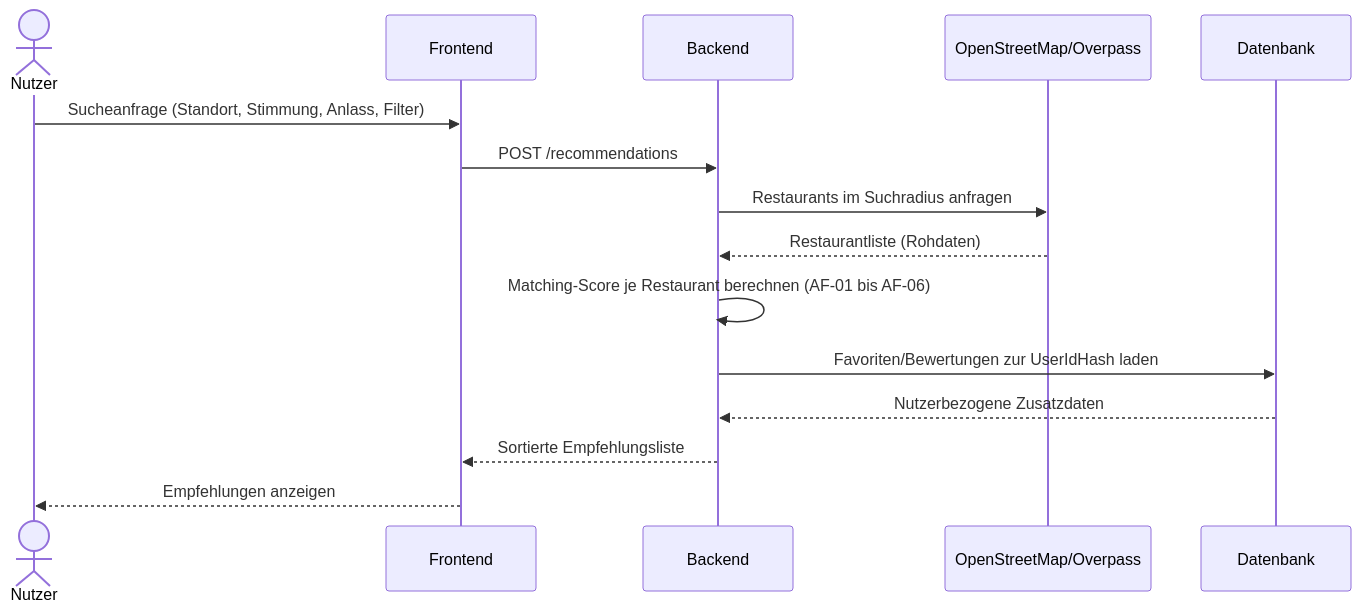
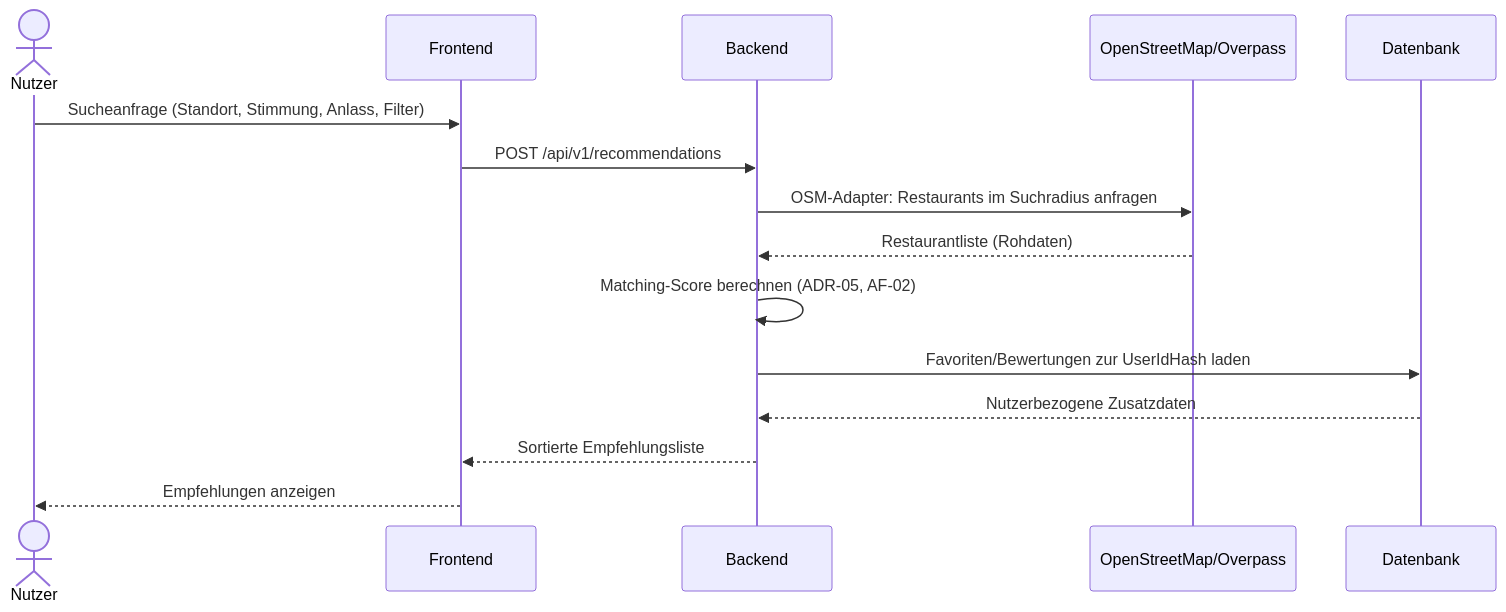
Before and after one commit to ahil-trq/thm_wk-1106_food-mood: the diagram in docs/arch/diagrams/runtime-recommendation.mmd, drawn with Mermaid. The commit also changed 18 other files, not shown here.

```diff
--- a/docs/arch/diagrams/runtime-recommendation.mmd
+++ b/docs/arch/diagrams/runtime-recommendation.mmd
@@ -1,16 +1,16 @@
 sequenceDiagram
     actor Nutzer
     participant Frontend
     participant Backend
     participant OSM as OpenStreetMap/Overpass
     participant DB as Datenbank
 
     Nutzer->>Frontend: Sucheanfrage (Standort, Stimmung, Anlass, Filter)
-    Frontend->>Backend: POST /recommendations
-    Backend->>OSM: Restaurants im Suchradius anfragen
+    Frontend->>Backend: POST /api/v1/recommendations
+    Backend->>OSM: OSM-Adapter: Restaurants im Suchradius anfragen
     OSM-->>Backend: Restaurantliste (Rohdaten)
-    Backend->>Backend: Matching-Score je Restaurant berechnen (AF-01 bis AF-06)
+    Backend->>Backend: Matching-Score berechnen (ADR-05, AF-02)
     Backend->>DB: Favoriten/Bewertungen zur UserIdHash laden
     DB-->>Backend: Nutzerbezogene Zusatzdaten
     Backend-->>Frontend: Sortierte Empfehlungsliste
     Frontend-->>Nutzer: Empfehlungen anzeigen
```
